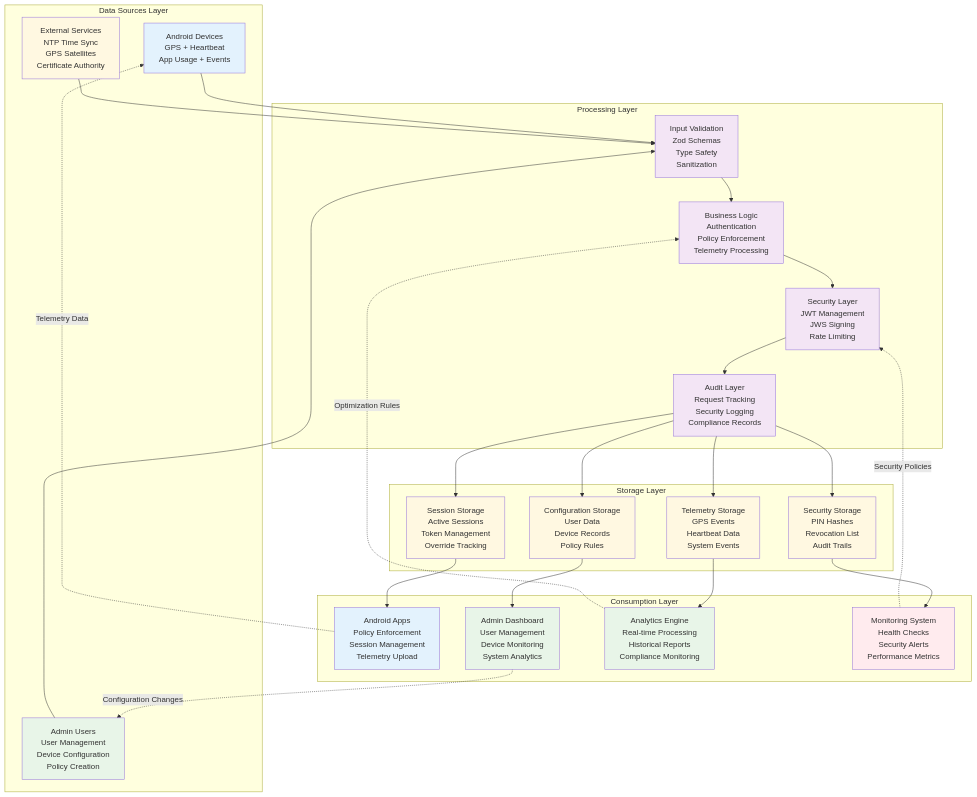
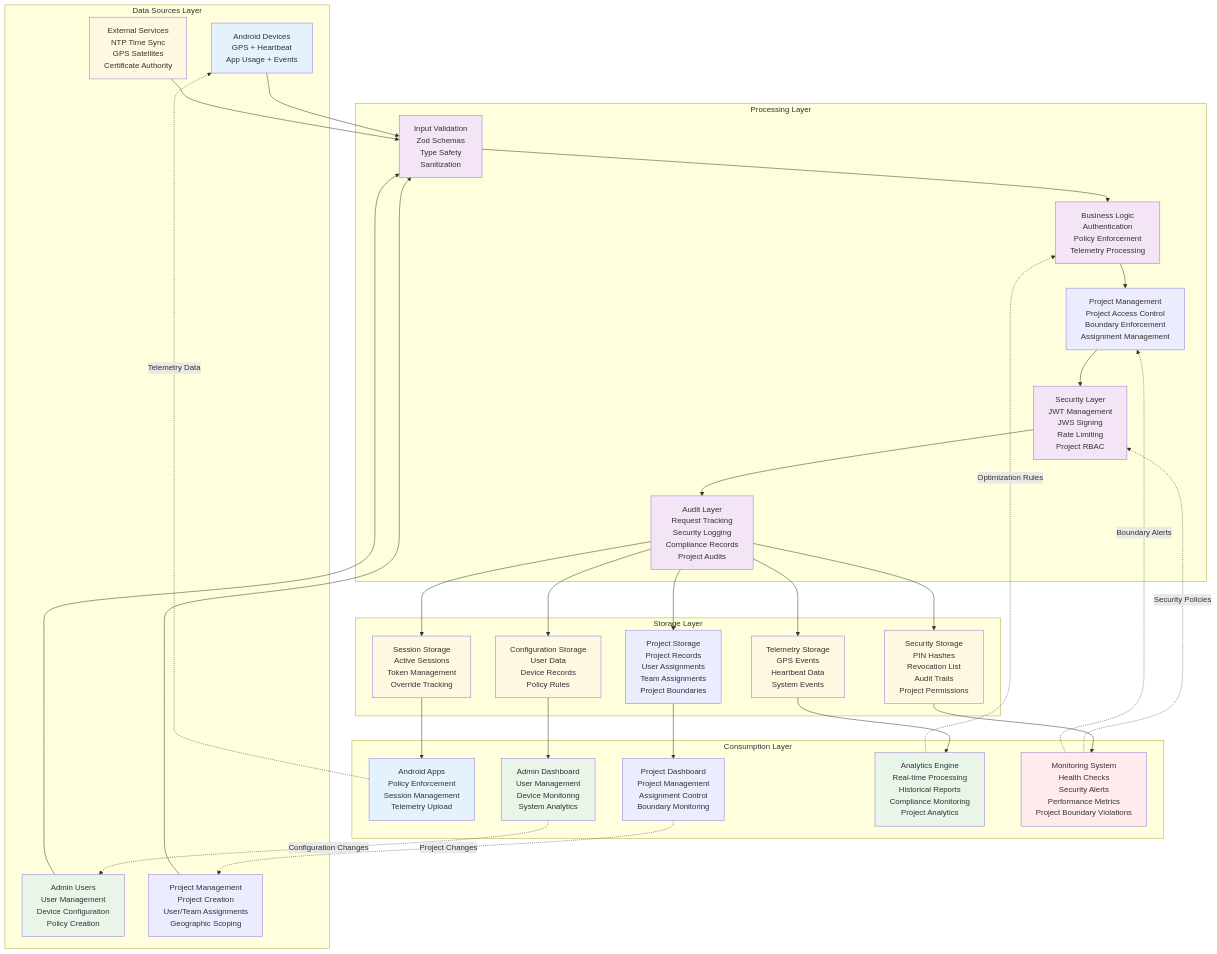
Before and after one commit to drguptavivek/launcher: the first of 2 diagrams in workflows/data-flow-architecture.md, drawn with Mermaid. The commit also changed 7 other files, not shown here.

```diff
--- a/workflows/data-flow-architecture.md
+++ b/workflows/data-flow-architecture.md
@@ -12,14 +12,16 @@
         DS1[Android Devices<br/>GPS + Heartbeat<br/>App Usage + Events]
         DS2[Admin Users<br/>User Management<br/>Device Configuration<br/>Policy Creation]
         DS3[External Services<br/>NTP Time Sync<br/>GPS Satellites<br/>Certificate Authority]
+        DS4[Project Management<br/>Project Creation<br/>User/Team Assignments<br/>Geographic Scoping]
     end
 
     %% Processing Layer
     subgraph "Processing Layer" [Processing Layer]
         PL1[Input Validation<br/>Zod Schemas<br/>Type Safety<br/>Sanitization]
         PL2[Business Logic<br/>Authentication<br/>Policy Enforcement<br/>Telemetry Processing]
-        PL3[Security Layer<br/>JWT Management<br/>JWS Signing<br/>Rate Limiting]
-        PL4[Audit Layer<br/>Request Tracking<br/>Security Logging<br/>Compliance Records]
+        PL2_5[Project Management<br/>Project Access Control<br/>Boundary Enforcement<br/>Assignment Management]
+        PL3[Security Layer<br/>JWT Management<br/>JWS Signing<br/>Rate Limiting<br/>Project RBAC]
+        PL4[Audit Layer<br/>Request Tracking<br/>Security Logging<br/>Compliance Records<br/>Project Audits]
     end
 
     %% Storage Layer
@@ -27,41 +29,49 @@
         SL1[Session Storage<br/>Active Sessions<br/>Token Management<br/>Override Tracking]
         SL2[Telemetry Storage<br/>GPS Events<br/>Heartbeat Data<br/>System Events]
         SL3[Configuration Storage<br/>User Data<br/>Device Records<br/>Policy Rules]
-        SL4[Security Storage<br/>PIN Hashes<br/>Revocation List<br/>Audit Trails]
+        SL3_5[Project Storage<br/>Project Records<br/>User Assignments<br/>Team Assignments<br/>Project Boundaries]
+        SL4[Security Storage<br/>PIN Hashes<br/>Revocation List<br/>Audit Trails<br/>Project Permissions]
     end
 
     %% Consumption Layer
     subgraph "Consumption Layer" [Consumption Layer]
         CL1[Android Apps<br/>Policy Enforcement<br/>Session Management<br/>Telemetry Upload]
         CL2[Admin Dashboard<br/>User Management<br/>Device Monitoring<br/>System Analytics]
-        CL3[Analytics Engine<br/>Real-time Processing<br/>Historical Reports<br/>Compliance Monitoring]
-        CL4[Monitoring System<br/>Health Checks<br/>Security Alerts<br/>Performance Metrics]
+        CL2_5[Project Dashboard<br/>Project Management<br/>Assignment Control<br/>Boundary Monitoring]
+        CL3[Analytics Engine<br/>Real-time Processing<br/>Historical Reports<br/>Compliance Monitoring<br/>Project Analytics]
+        CL4[Monitoring System<br/>Health Checks<br/>Security Alerts<br/>Performance Metrics<br/>Project Boundary Violations]
     end
 
     %% Vertical Data Flow
     DS1 --> PL1
     DS2 --> PL1
     DS3 --> PL1
+    DS4 --> PL1
 
     PL1 --> PL2
-    PL2 --> PL3
+    PL2 --> PL2_5
+    PL2_5 --> PL3
     PL3 --> PL4
 
     PL4 --> SL1
     PL4 --> SL2
     PL4 --> SL3
+    PL4 --> SL3_5
     PL4 --> SL4
 
     SL1 --> CL1
     SL2 --> CL3
     SL3 --> CL2
+    SL3_5 --> CL2_5
     SL4 --> CL4
 
     %% Feedback Loops
     CL1 -.-> |Telemetry Data| DS1
     CL2 -.-> |Configuration Changes| DS2
+    CL2_5 -.-> |Project Changes| DS4
     CL3 -.-> |Optimization Rules| PL2
     CL4 -.-> |Security Policies| PL3
+    CL4 -.-> |Boundary Alerts| PL2_5
 
     %% Styling
     style DS1 fill:#e3f2fd
```
